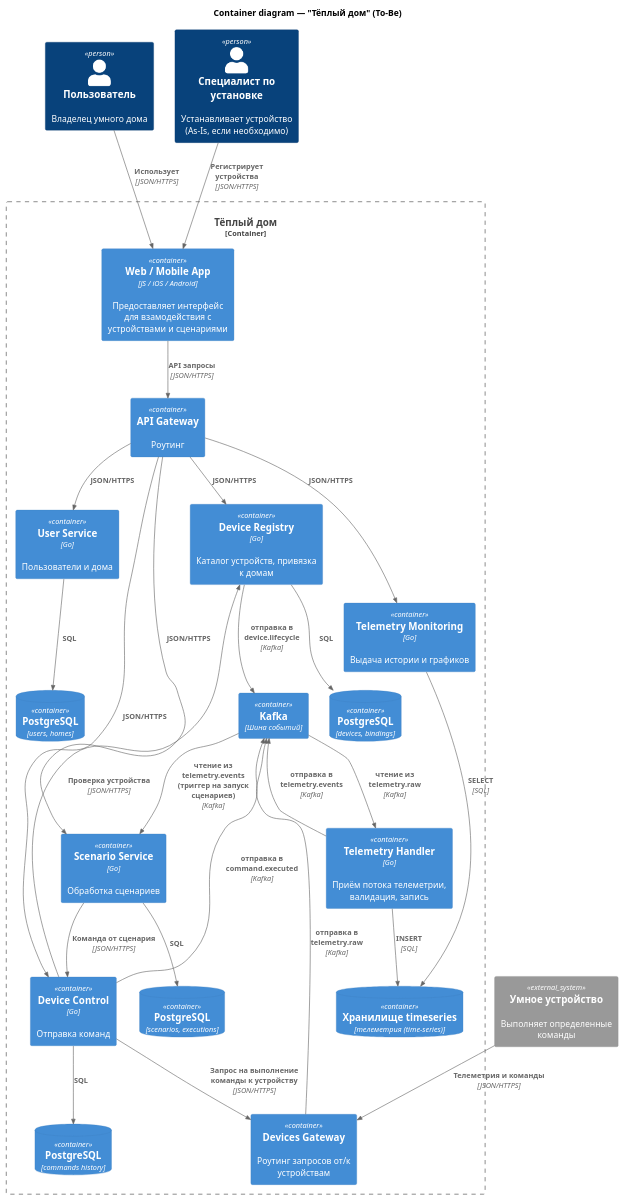
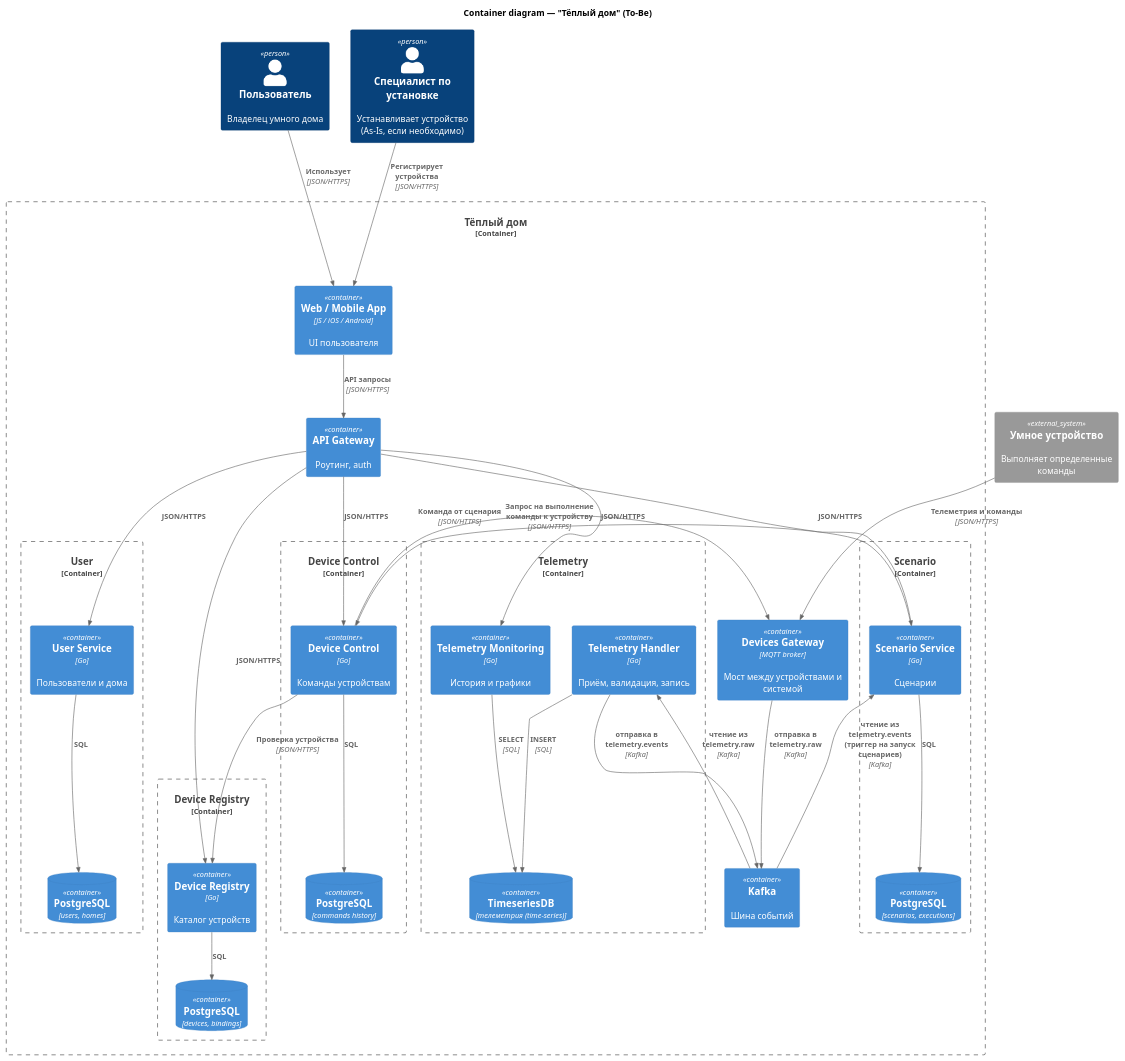
Before and after one commit to drunkendolphin2-ai/architecture-warmhouse: the diagram in diagrams/context/SmartHome_Container.puml, drawn with PlantUML.

Commit message:
отредактировал диаграмму контейнеров

```diff
--- a/diagrams/context/SmartHome_Container.puml
+++ b/diagrams/context/SmartHome_Container.puml
@@ -1,68 +1,79 @@
 @startuml
 !includeurl https://raw.githubusercontent.com/plantuml-stdlib/C4-PlantUML/master/C4_Container.puml
 
 title Container diagram — "Тёплый дом" (To-Be)
 
 Person(user, "Пользователь", "Владелец умного дома")
 Person(specialist, "Специалист по установке", "Устанавливает устройство (As-Is, если необходимо)")
 
 System_Ext(device, "Умное устройство", "Выполняет определенные команды")
 
 Container_Boundary(warmHouse, "Тёплый дом") {
-    Container(webApp, "Web / Mobile App", "JS / iOS / Android", "Предоставляет интерфейс для взамодействия с устройствами и сценариями")
-    Container(apiGw, "API Gateway", "", "Роутинг")
-    Container(iotGw, "Devices Gateway", "", "Роутинг запросов от/к устройствам")
 
-    Container(userService, "User Service", "Go", "Пользователи и дома")
-    Container(deviceRegistry, "Device Registry", "Go", "Каталог устройств, привязка к домам")
-    Container(deviceControl, "Device Control", "Go", "Отправка команд")
-    Container(telemetryIn, "Telemetry Handler", "Go", "Приём потока телеметрии, валидация, запись")
-    Container(telemetryMonitoring, "Telemetry Monitoring", "Go", "Выдача истории и графиков")
-    Container(scenarioService, "Scenario Service", "Go", "Обработка сценариев")
+    Container(webApp, "Web / Mobile App", "JS / iOS / Android", "UI пользователя")
+    Container(apiGw, "API Gateway", "", "Роутинг, auth")
+    Container(iotGw, "Devices Gateway", "MQTT broker", "Мост между устройствами и системой")
+    Container(broker, "Kafka", "", "Шина событий")
 
-    ContainerDb(pgUser, "PostgreSQL", "users, homes")
-    ContainerDb(pgDeviceRegistry, "PostgreSQL", "devices, bindings")
-    ContainerDb(pgDeviceControl, "PostgreSQL", "commands history")
-    ContainerDb(tsdb, "Хранилище timeseries", "телеметрия (time-series)")
-    ContainerDb(pgScenario, "PostgreSQL", "scenarios, executions")
+    Container_Boundary(b_user, "User") {
+        Container(userService, "User Service", "Go", "Пользователи и дома")
+        ContainerDb(pgUser, "PostgreSQL", "users, homes")
+    }
 
-    Container(broker, "Kafka", "Шина событий")
+    Container_Boundary(b_registry, "Device Registry") {
+        Container(deviceRegistry, "Device Registry", "Go", "Каталог устройств")
+        ContainerDb(pgDeviceRegistry, "PostgreSQL", "devices, bindings")
+    }
+
+    Container_Boundary(b_control, "Device Control") {
+        Container(deviceControl, "Device Control", "Go", "Команды устройствам")
+        ContainerDb(pgDeviceControl, "PostgreSQL", "commands history")
+    }
+
+    Container_Boundary(b_telemetry, "Telemetry") {
+        Container(telemetryIn, "Telemetry Handler", "Go", "Приём, валидация, запись")
+        Container(telemetryMonitoring, "Telemetry Monitoring", "Go", "История и графики")
+        ContainerDb(tsdb, "TimeseriesDB", "телеметрия (time-series)")
+    }
+
+    Container_Boundary(b_scenario, "Scenario") {
+        Container(scenarioService, "Scenario Service", "Go", "Сценарии")
+        ContainerDb(pgScenario, "PostgreSQL", "scenarios, executions")
+    }
 }
 
 ' Пользователи
 Rel(user, webApp, "Использует", "JSON/HTTPS")
 Rel(specialist, webApp, "Регистрирует устройства", "JSON/HTTPS")
 Rel(webApp, apiGw, "API запросы", "JSON/HTTPS")
 
 ' Запросы пользователей через Gateway
 Rel(apiGw, userService, "JSON/HTTPS")
 Rel(apiGw, deviceRegistry, "JSON/HTTPS")
 Rel(apiGw, deviceControl, "JSON/HTTPS")
 Rel(apiGw, telemetryMonitoring, "JSON/HTTPS")
 Rel(apiGw, scenarioService, "JSON/HTTPS")
 
 ' Межсервисные запросы
 Rel(deviceControl, deviceRegistry, "Проверка устройства", "JSON/HTTPS")
 Rel(scenarioService, deviceControl, "Команда от сценария", "JSON/HTTPS")
 
 ' Async через Kafka
 Rel(broker, telemetryIn, "чтение из telemetry.raw", "Kafka")
 Rel(telemetryIn, broker, "отправка в telemetry.events", "Kafka")
 Rel(broker, scenarioService, "чтение из telemetry.events (триггер на запуск сценариев)", "Kafka")
-Rel(deviceRegistry, broker, "отправка в device.lifecycle", "Kafka")
-Rel(deviceControl, broker, "отправка в command.executed", "Kafka")
 
 ' Устройства
 Rel(device, iotGw, "Телеметрия и команды", "JSON/HTTPS")
 Rel(iotGw, broker, "отправка в telemetry.raw", "Kafka")
 Rel(deviceControl, iotGw, "Запрос на выполнение команды к устройству", "JSON/HTTPS")
 
 ' БД
 Rel(userService, pgUser, "SQL")
 Rel(deviceRegistry, pgDeviceRegistry, "SQL")
 Rel(deviceControl, pgDeviceControl, "SQL")
 Rel(telemetryIn, tsdb, "INSERT", "SQL")
 Rel(telemetryMonitoring, tsdb, "SELECT", "SQL")
 Rel(scenarioService, pgScenario, "SQL")
 
 @enduml
```
